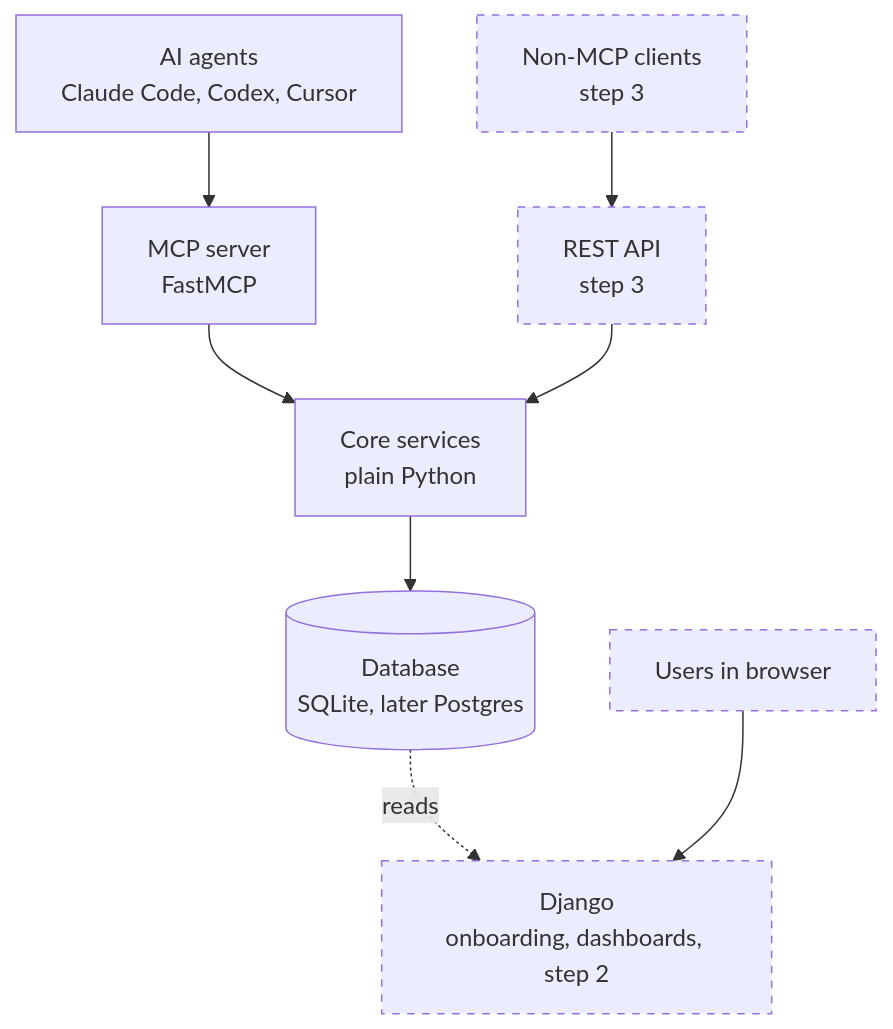
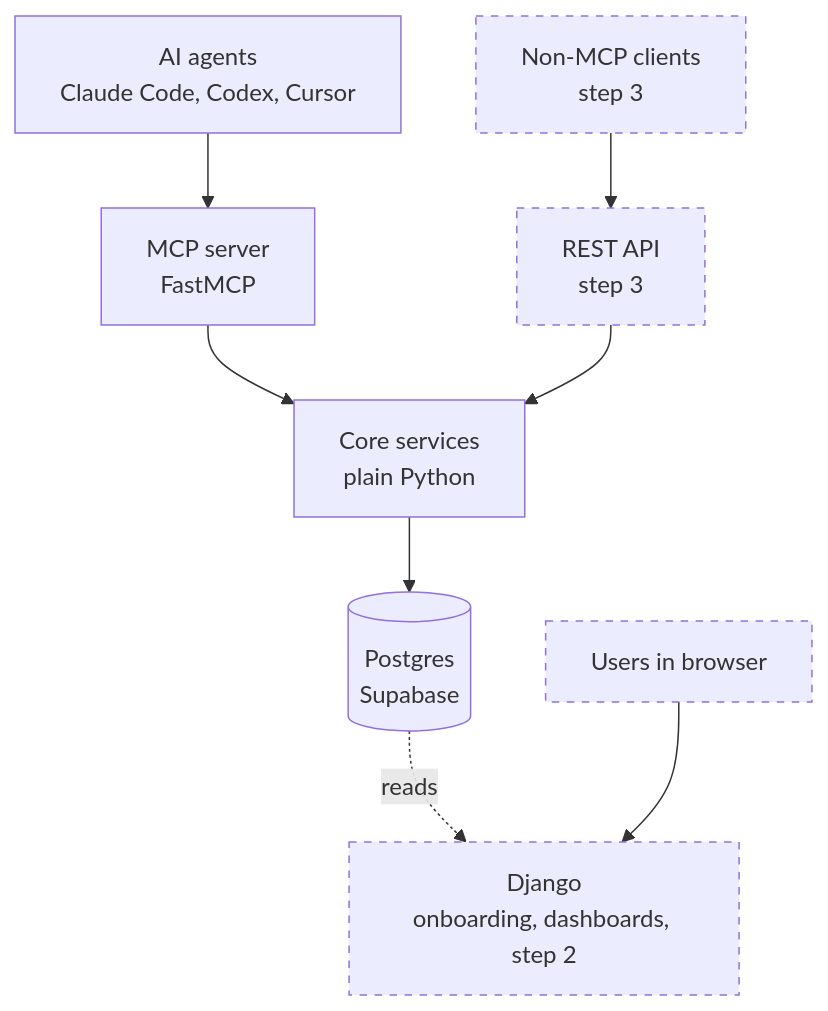
The diagram in README.md (guramrit2002/contextkit), drawn with Mermaid before and after one commit. The commit also changed other lines of this file and 3 other files, not shown here.

````diff
--- a/README.md
+++ b/README.md
@@ -52,11 +52,11 @@
 ```mermaid
 flowchart TD
     A[AI agents<br/>Claude Code, Codex, Cursor] --> M[MCP server<br/>FastMCP]
     N[Non-MCP clients<br/>step 3]:::later --> R[REST API<br/>step 3]:::later
     M --> C[Core services<br/>plain Python]
     R --> C
-    C --> D[(Database<br/>SQLite, later Postgres)]
+    C --> D[(Postgres<br/>Supabase)]
     D -.reads.-> J[Django<br/>onboarding, dashboards, step 2]:::later
     U[Users in browser]:::later --> J
     classDef later stroke-dasharray: 5 5
 ```
````
